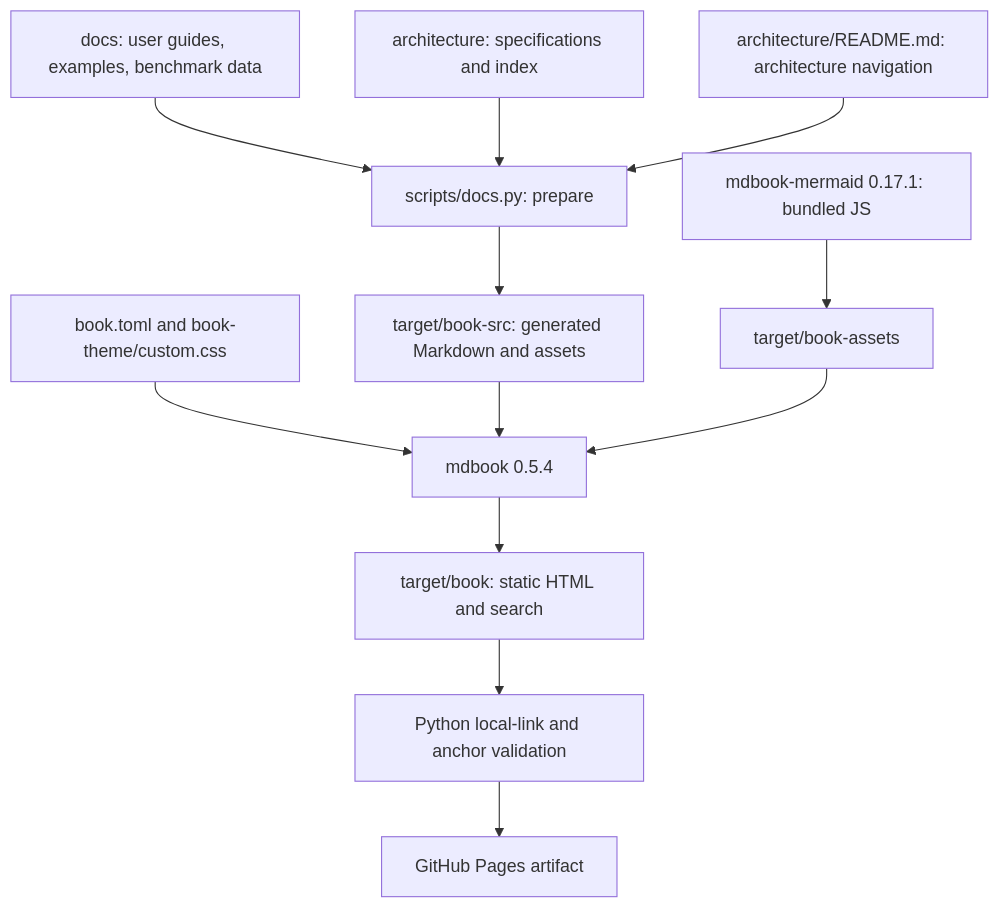
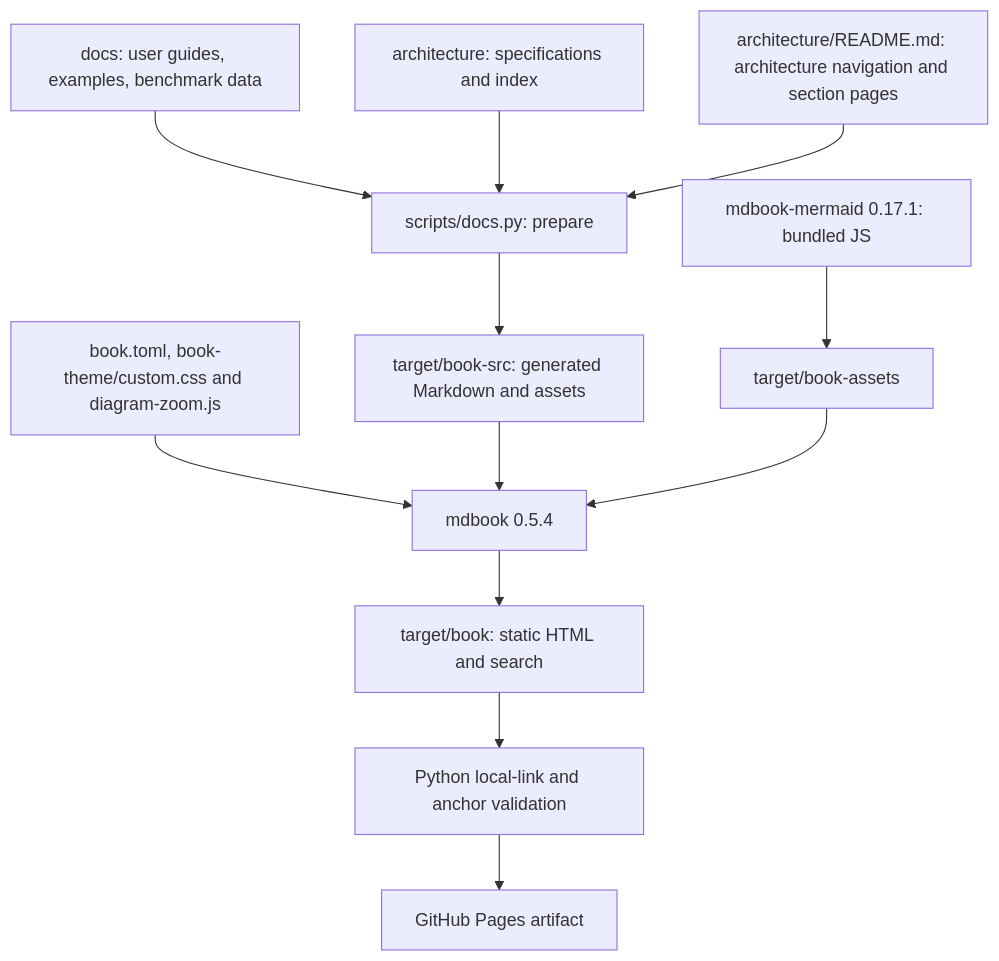
Before and after one commit to M-Compressors/mbrotli: the first of 4 diagrams in architecture/documentation.md, drawn with Mermaid. The commit also changed other lines of this file and 25 other files, not shown here.

````diff
--- a/architecture/documentation.md
+++ b/architecture/documentation.md
@@ -10,14 +10,14 @@
 ```mermaid
 graph TD
     Guides[docs: user guides, examples, benchmark data] --> Prepare[scripts/docs.py: prepare]
     Specs[architecture: specifications and index] --> Prepare
-    Index[architecture/README.md: architecture navigation] --> Prepare
+    Index[architecture/README.md: architecture navigation and section pages] --> Prepare
     Prepare --> Source[target/book-src: generated Markdown and assets]
     Mermaid[mdbook-mermaid 0.17.1: bundled JS] --> Assets[target/book-assets]
-    Config[book.toml and book-theme/custom.css] --> Build[mdbook 0.5.4]
+    Config[book.toml, book-theme/custom.css and diagram-zoom.js] --> Build[mdbook 0.5.4]
     Source --> Build
     Assets --> Build
     Build --> HTML[target/book: static HTML and search]
     HTML --> Check[Python local-link and anchor validation]
     Check --> Pages[GitHub Pages artifact]
 ```
````
